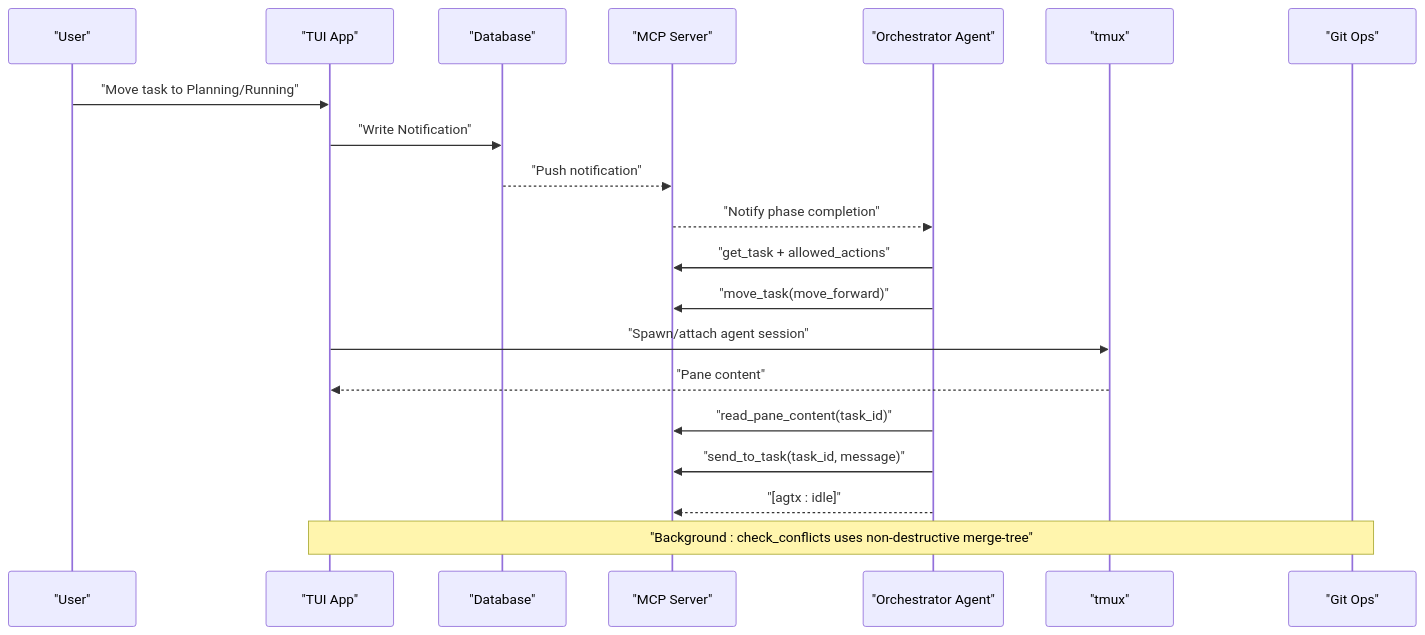
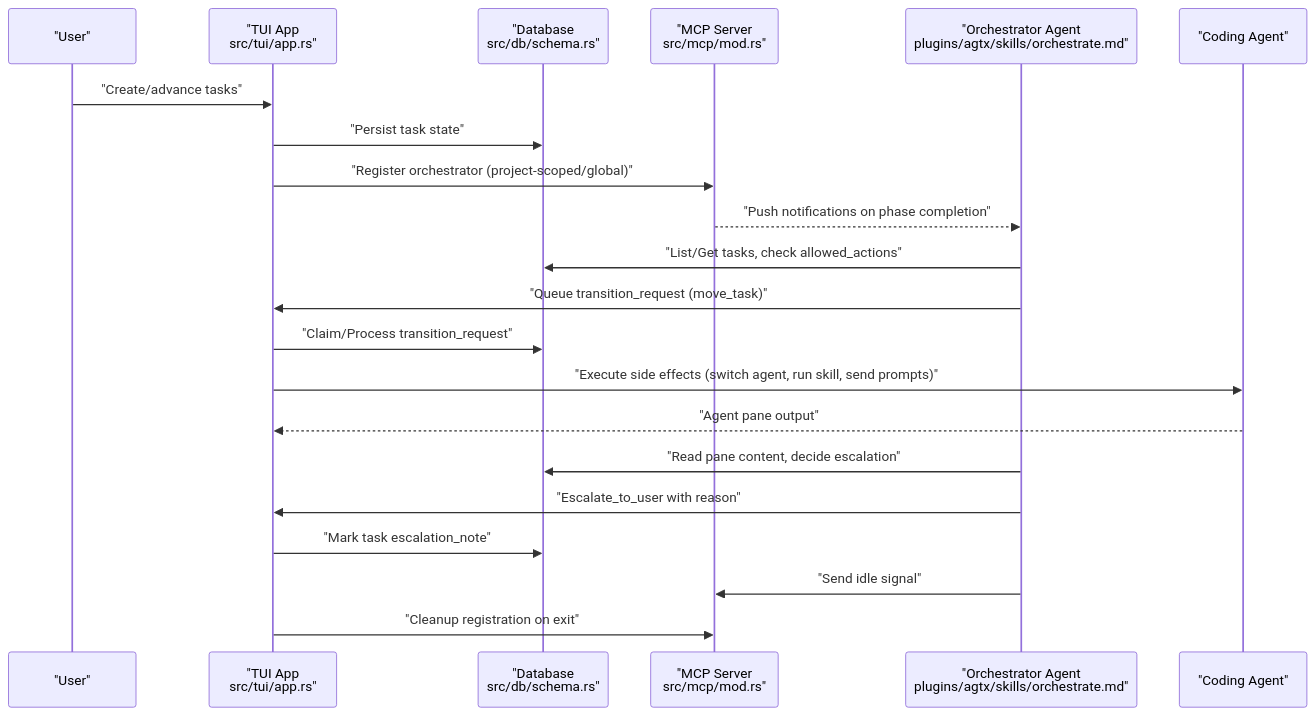
The second of 9 diagrams in .qoder/repowiki/en/content/Advanced Features/Advanced Features.md (bramburn/agtx), drawn with Mermaid before and after one commit. The commit also changed other lines of this file and 140 other files, not shown here.

````diff
--- a/.qoder/repowiki/en/content/Advanced Features/Advanced Features.md
+++ b/.qoder/repowiki/en/content/Advanced Features/Advanced Features.md
@@ -107,22 +97,23 @@
 ```mermaid
 sequenceDiagram
 participant User as "User"
-participant TUI as "TUI App"
-participant DB as "Database"
-participant MCP as "MCP Server"
-participant Orchestrator as "Orchestrator Agent"
-participant TMUX as "tmux"
-participant Git as "Git Ops"
-User->>TUI : "Move task to Planning/Running"
-TUI->>DB : "Write Notification"
-DB-->>MCP : "Push notification"
-MCP-->>Orchestrator : "Notify phase completion"
-Orchestrator->>MCP : "get_task + allowed_actions"
-Orchestrator->>MCP : "move_task(move_forward)"
-TUI->>TMUX : "Spawn/attach agent session"
-TMUX-->>TUI : "Pane content"
-Orchestrator->>MCP : "read_pane_content(task_id)"
-Orchestrator->>MCP : "send_to_task(task_id, message)"
-Orchestrator-->>MCP : "[agtx : idle]"
-Note over TUI,Git : "Background : check_conflicts uses non-destructive merge-tree"
+participant TUI as "TUI App<br/>src/tui/app.rs"
+participant DB as "Database<br/>src/db/schema.rs"
+participant MCP as "MCP Server<br/>src/mcp/mod.rs"
+participant Orchestrator as "Orchestrator Agent<br/>plugins/agtx/skills/orchestrate.md"
+participant Agent as "Coding Agent"
+User->>TUI : "Create/advance tasks"
+TUI->>DB : "Persist task state"
+TUI->>MCP : "Register orchestrator (project-scoped/global)"
+MCP-->>Orchestrator : "Push notifications on phase completion"
+Orchestrator->>DB : "List/Get tasks, check allowed_actions"
+Orchestrator->>TUI : "Queue transition_request (move_task)"
+TUI->>DB : "Claim/Process transition_request"
+TUI->>Agent : "Execute side effects (switch agent, run skill, send prompts)"
+Agent-->>TUI : "Agent pane output"
+Orchestrator->>DB : "Read pane content, decide escalation"
+Orchestrator->>TUI : "Escalate_to_user with reason"
+TUI->>DB : "Mark task escalation_note"
+Orchestrator->>MCP : "Send idle signal"
+TUI->>MCP : "Cleanup registration on exit"
 ```
````
